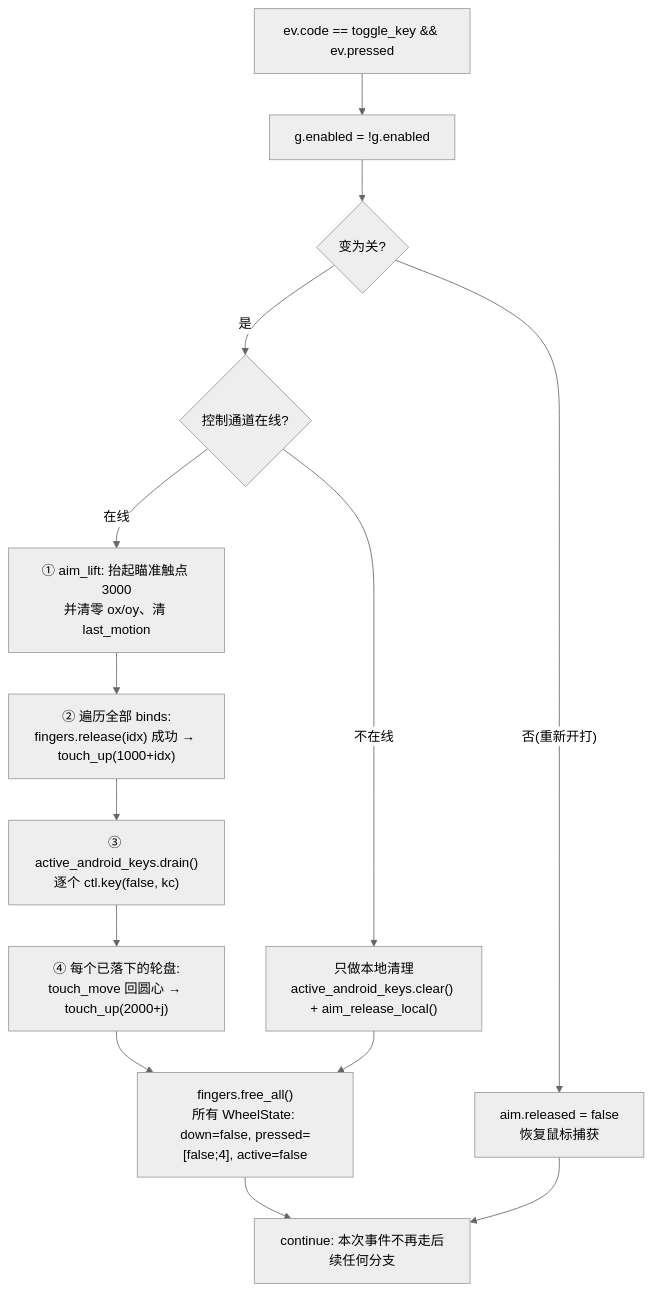
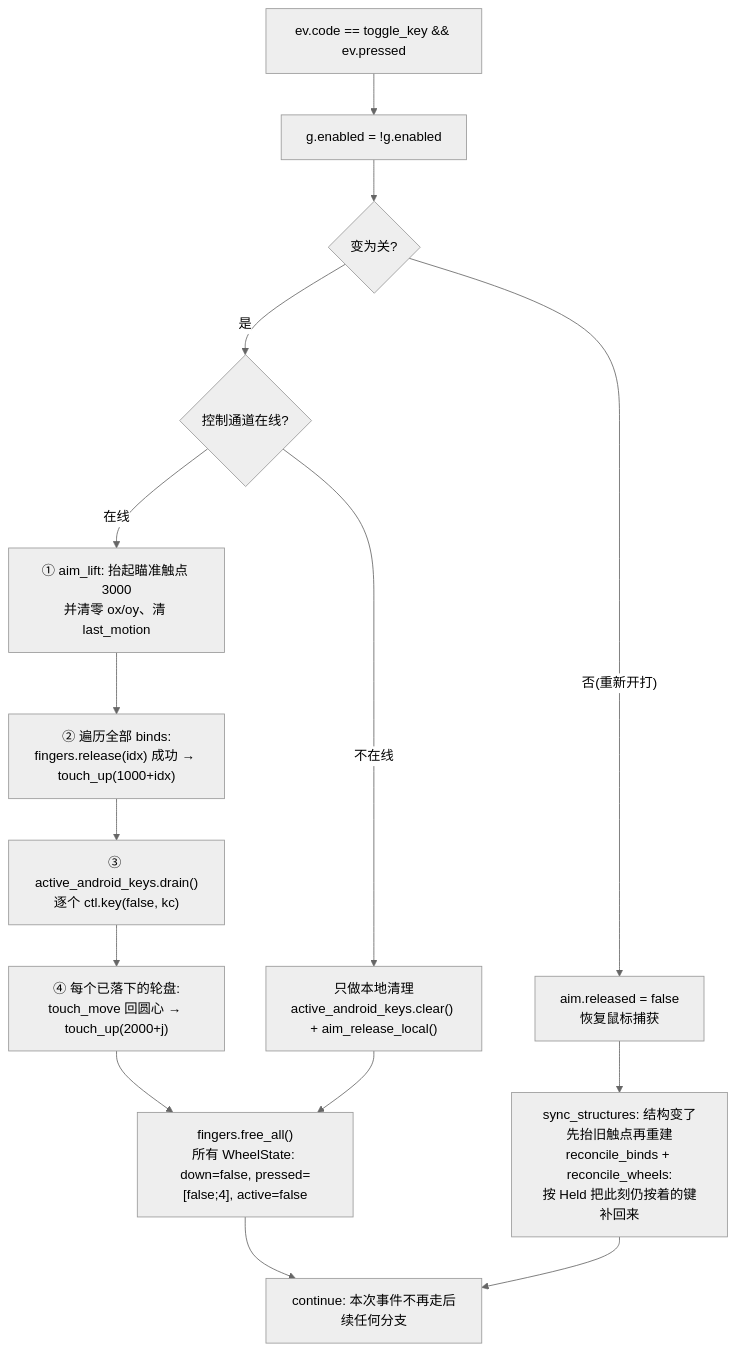
The fourth of 10 diagrams in 文档/功能组分说明.md (Azrl-lyh/scrcpy-pad), drawn with Mermaid (neutral theme) before and after one commit. The commit also changed other lines of this file and 15 other files, not shown here.

````diff
--- a/文档/功能组分说明.md
+++ b/文档/功能组分说明.md
@@ -371,16 +457,17 @@
 ```mermaid
 flowchart TD
     T0["ev.code == toggle_key && ev.pressed"] --> T1["g.enabled = !g.enabled"]
     T1 --> T2{"变为关?"}
     T2 -->|"是"| T3{"控制通道在线?"}
     T3 -->|"在线"| T4["① aim_lift: 抬起瞄准触点 3000<br/>并清零 ox/oy、清 last_motion"]
     T4 --> T5["② 遍历全部 binds:<br/>fingers.release(idx) 成功 → touch_up(1000+idx)"]
     T5 --> T6["③ active_android_keys.drain()<br/>逐个 ctl.key(false, kc)"]
     T6 --> T7["④ 每个已落下的轮盘:<br/>touch_move 回圆心 → touch_up(2000+j)"]
     T7 --> T9["fingers.free_all()<br/>所有 WheelState: down=false, pressed=[false;4], active=false"]
     T3 -->|"不在线"| T8["只做本地清理<br/>active_android_keys.clear() + aim_release_local()"]
     T8 --> T9
     T2 -->|"否(重新开打)"| T10["aim.released = false<br/>恢复鼠标捕获"]
+    T10 --> T11["sync_structures: 结构变了先抬旧触点再重建<br/>reconcile_binds + reconcile_wheels:<br/>按 Held 把此刻仍按着的键补回来"]
     T9 --> TC["continue: 本次事件不再走后续任何分支"]
-    T10 --> TC
+    T11 --> TC
 ```
````
